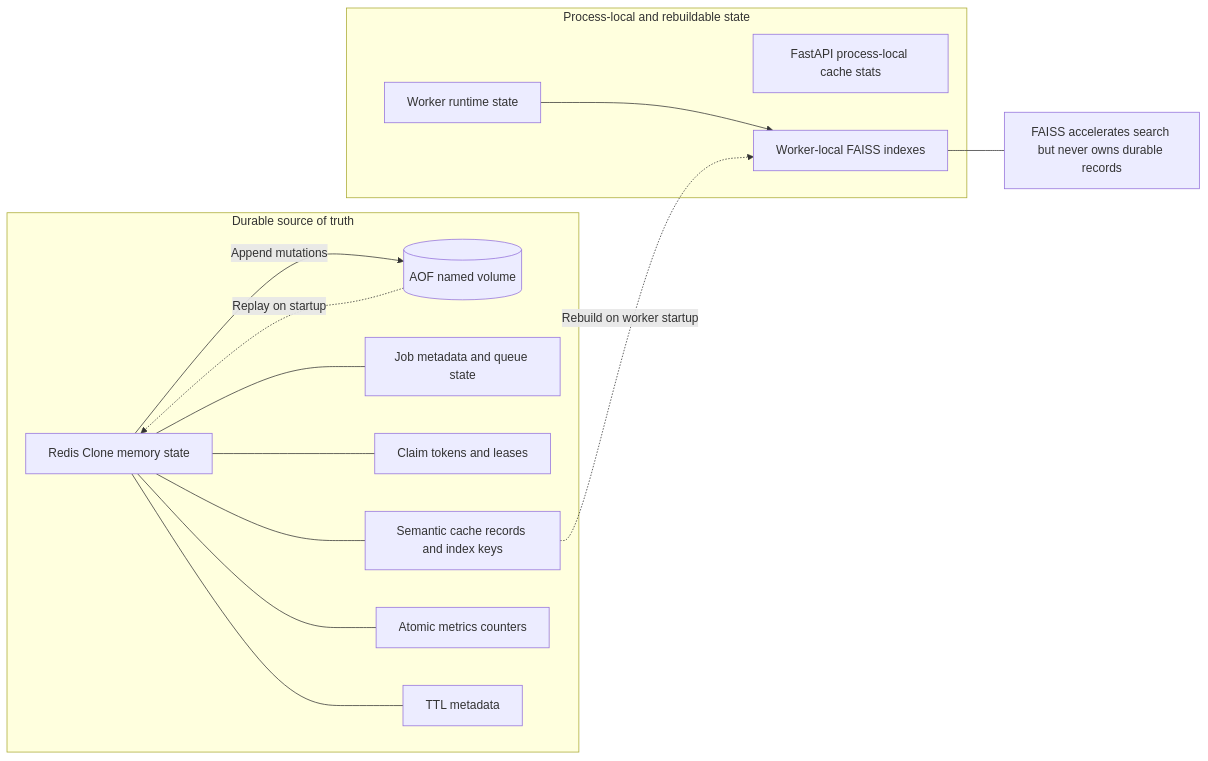
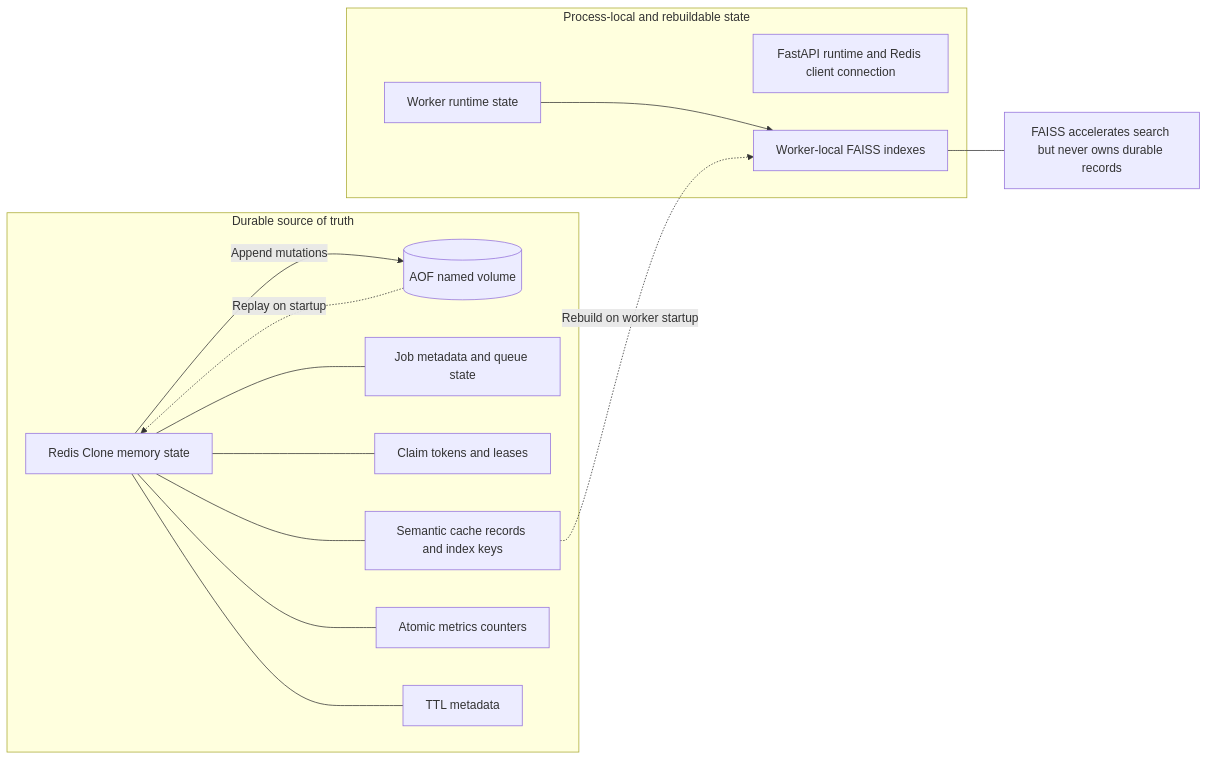
Before and after one commit to FabRamon13/mini-redis: the fourth of 5 diagrams in architecture.md, drawn with Mermaid. The commit also changed other lines of this file and 1 other file, not shown here.

Commit message:
Document architecture guarantees and failure modes

````diff
--- a/architecture.md
+++ b/architecture.md
@@ -352,35 +349,35 @@
 ```mermaid
 flowchart LR
     subgraph durable[Durable source of truth]
         redis[Redis Clone memory state]
         aof[(AOF named volume)]
 
         redis -->|Append mutations| aof
         aof -.->|Replay on startup| redis
 
         jobs[Job metadata and queue state]
         claims[Claim tokens and leases]
         cache[Semantic cache records and index keys]
         metrics[Atomic metrics counters]
         ttl[TTL metadata]
 
         redis --- jobs
         redis --- claims
         redis --- cache
         redis --- metrics
         redis --- ttl
     end
 
     subgraph ephemeral[Process-local and rebuildable state]
-        api[FastAPI process-local cache stats]
+        api[FastAPI runtime and Redis client connection]
         worker[Worker runtime state]
         faiss[Worker-local FAISS indexes]
 
         worker --> faiss
     end
 
     cache -.->|Rebuild on worker startup| faiss
 
     note[FAISS accelerates search but never owns durable records]
     faiss --- note
 ```
````
